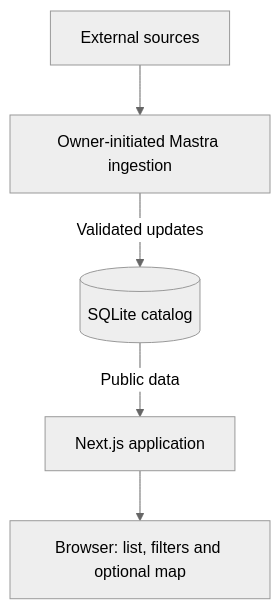
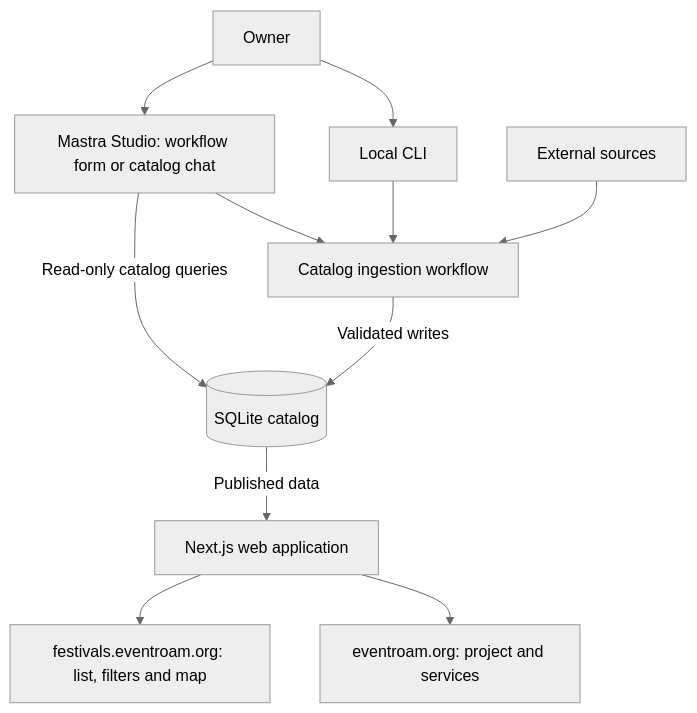
The first of 2 diagrams in README.md (alex-karo/eventroam), drawn with Mermaid (neutral theme) before and after one commit. The commit also changed other lines of this file, not shown here.

Commit message:
docs(readme): update production status and architecture

````diff
--- a/README.md
+++ b/README.md
@@ -27,7 +18,13 @@
 ```mermaid
 flowchart TD
-    Sources[External sources] --> Ingestion[Owner-initiated Mastra ingestion]
-    Ingestion -->|Validated updates| DB[(SQLite catalog)]
-    DB -->|Public data| Web[Next.js application]
-    Web --> UI["Browser: list, filters and optional map"]
+    Owner[Owner] --> CLI[Local CLI]
+    Owner --> Studio[Mastra Studio: workflow form or catalog chat]
+    CLI --> Ingestion[Catalog ingestion workflow]
+    Studio --> Ingestion
+    Sources[External sources] --> Ingestion
+    Ingestion -->|Validated writes| DB[(SQLite catalog)]
+    Studio -->|Read-only catalog queries| DB
+    DB -->|Published data| Web[Next.js web application]
+    Web --> Apex[eventroam.org: project and services]
+    Web --> Festivals[festivals.eventroam.org: list, filters and map]
 ```
````
